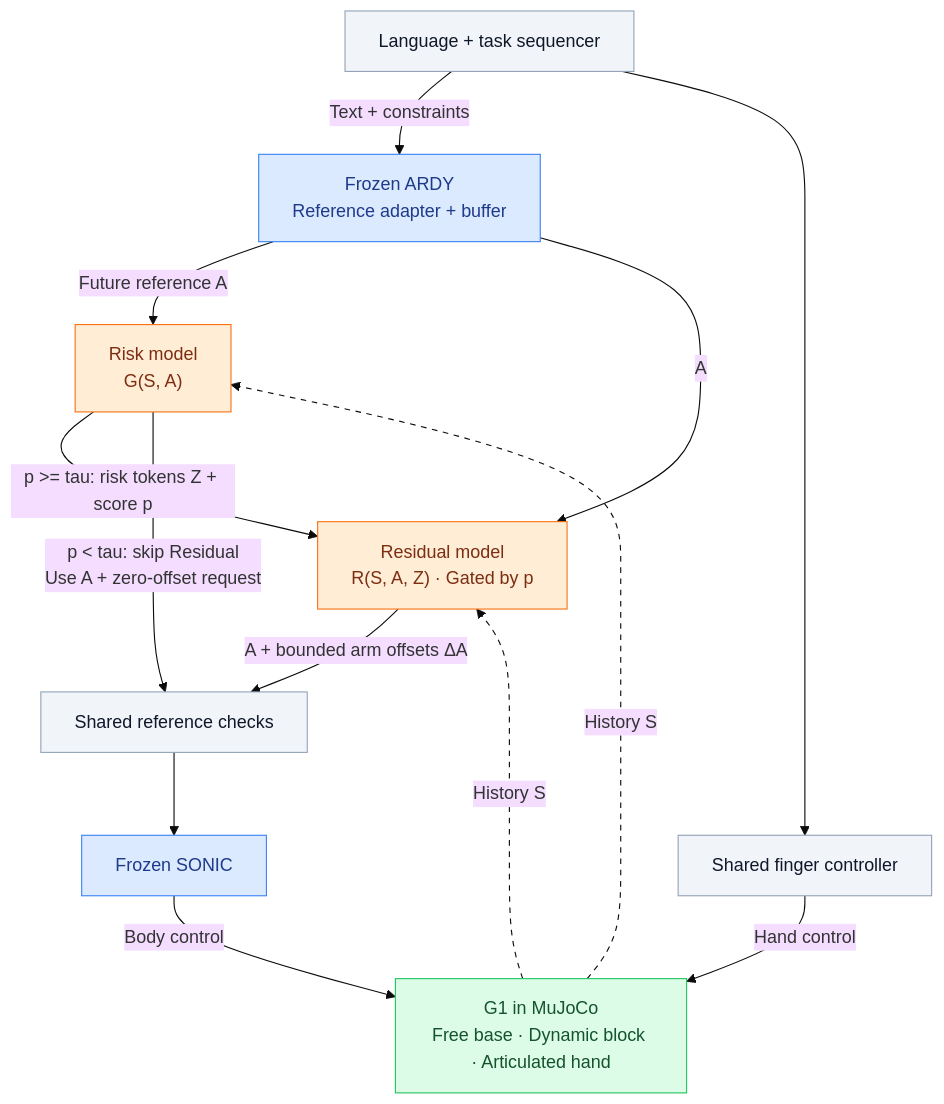
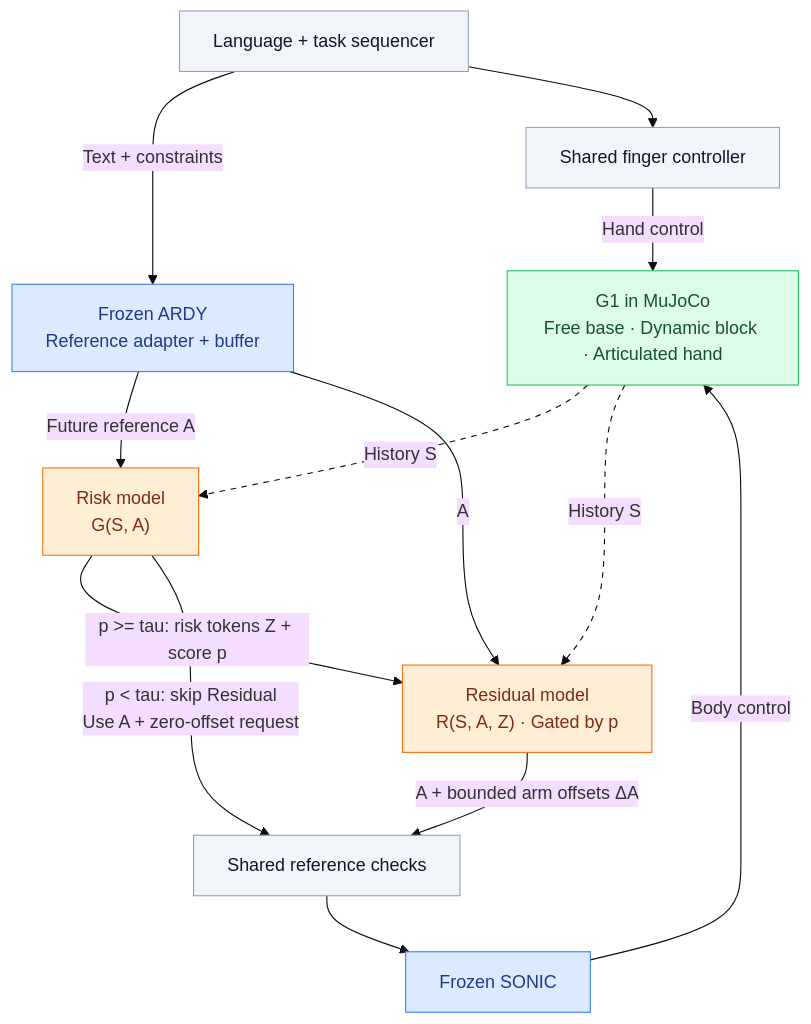
The second of 2 diagrams in README.md (Peneplain/dl), drawn with Mermaid (base theme) before and after one commit. The commit also changed other lines of this file, not shown here.

````diff
--- a/README.md
+++ b/README.md
@@ -102,27 +107,28 @@
 ```mermaid
 flowchart TB
+    G -.->|History S| R
+    G -.->|History S| D
+
     Q["Language + task sequencer"] -->|Text + constraints| A["Frozen ARDY<br/>Reference adapter + buffer"]
     A -->|Future reference A| R["Risk model<br/>G(S, A)"]
     R -->|"p >= tau: risk tokens Z + score p"| D["Residual model<br/>R(S, A, Z) · Gated by p"]
     A -->|A| D
     D -->|A + bounded arm offsets ΔA| C["Shared reference checks"]
     R -->|"p < tau: skip Residual<br/>Use A + zero-offset request"| C
     C --> S["Frozen SONIC"]
     S -->|Body control| G["G1 in MuJoCo<br/>Free base · Dynamic block · Articulated hand"]
     Q --> H["Shared finger controller"]
     H -->|Hand control| G
 
-    G -.->|History S| R
-    G -.->|History S| D
-    linkStyle 10 stroke-dasharray: 5 5;
-    linkStyle 11 stroke-dasharray: 5 5;
+    linkStyle 0 stroke-dasharray:5 5;
+    linkStyle 1 stroke-dasharray:5 5;
 
     classDef shared fill:#f1f5f9,stroke:#94a3b8,color:#0f172a;
     classDef frozen fill:#dbeafe,stroke:#3b82f6,color:#1e3a8a;
     classDef learned fill:#ffedd5,stroke:#f97316,color:#7c2d12;
     classDef sim fill:#dcfce7,stroke:#22c55e,color:#14532d;
     class Q,C,H shared;
     class A,S frozen;
     class R,D learned;
     class G sim;
 ```
````
